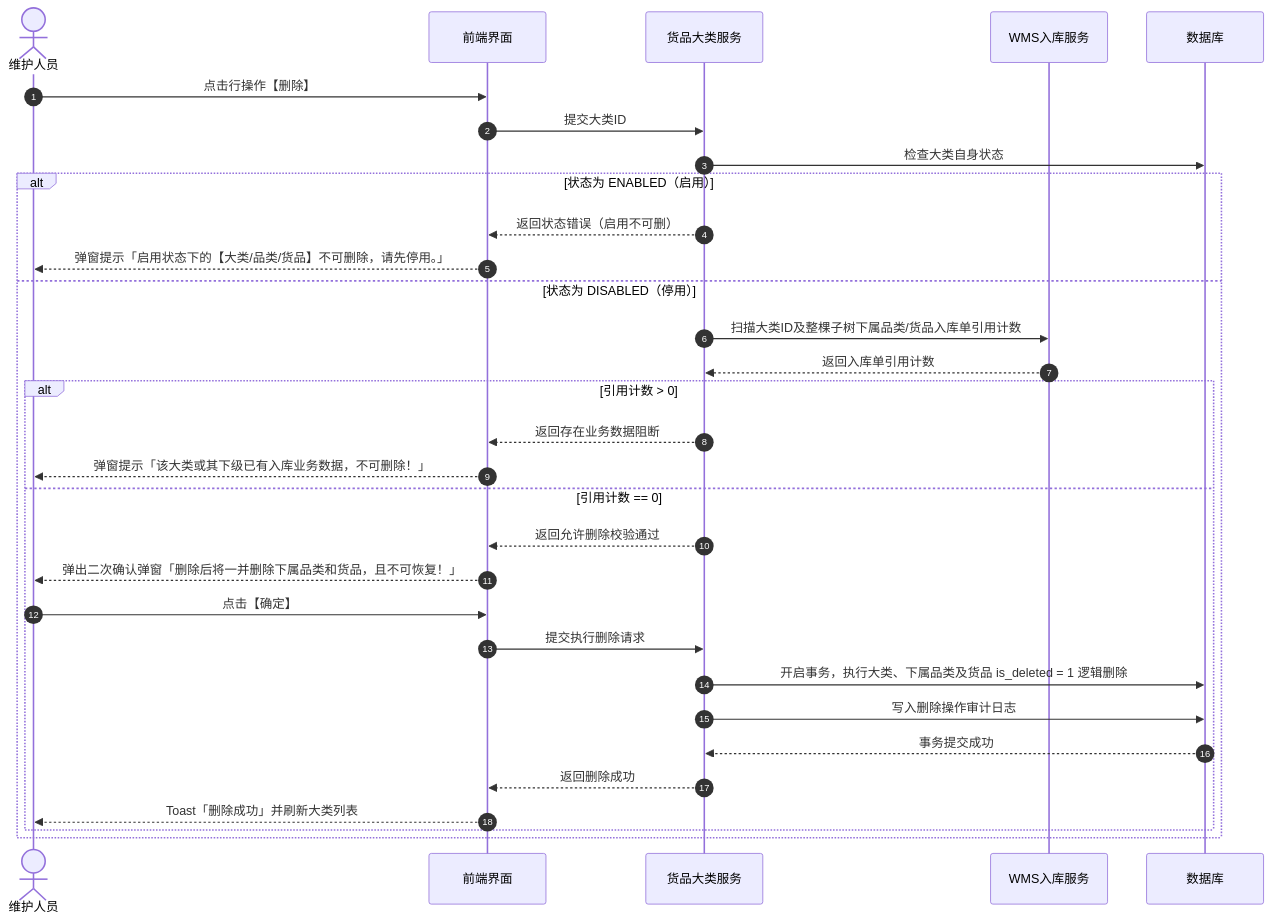
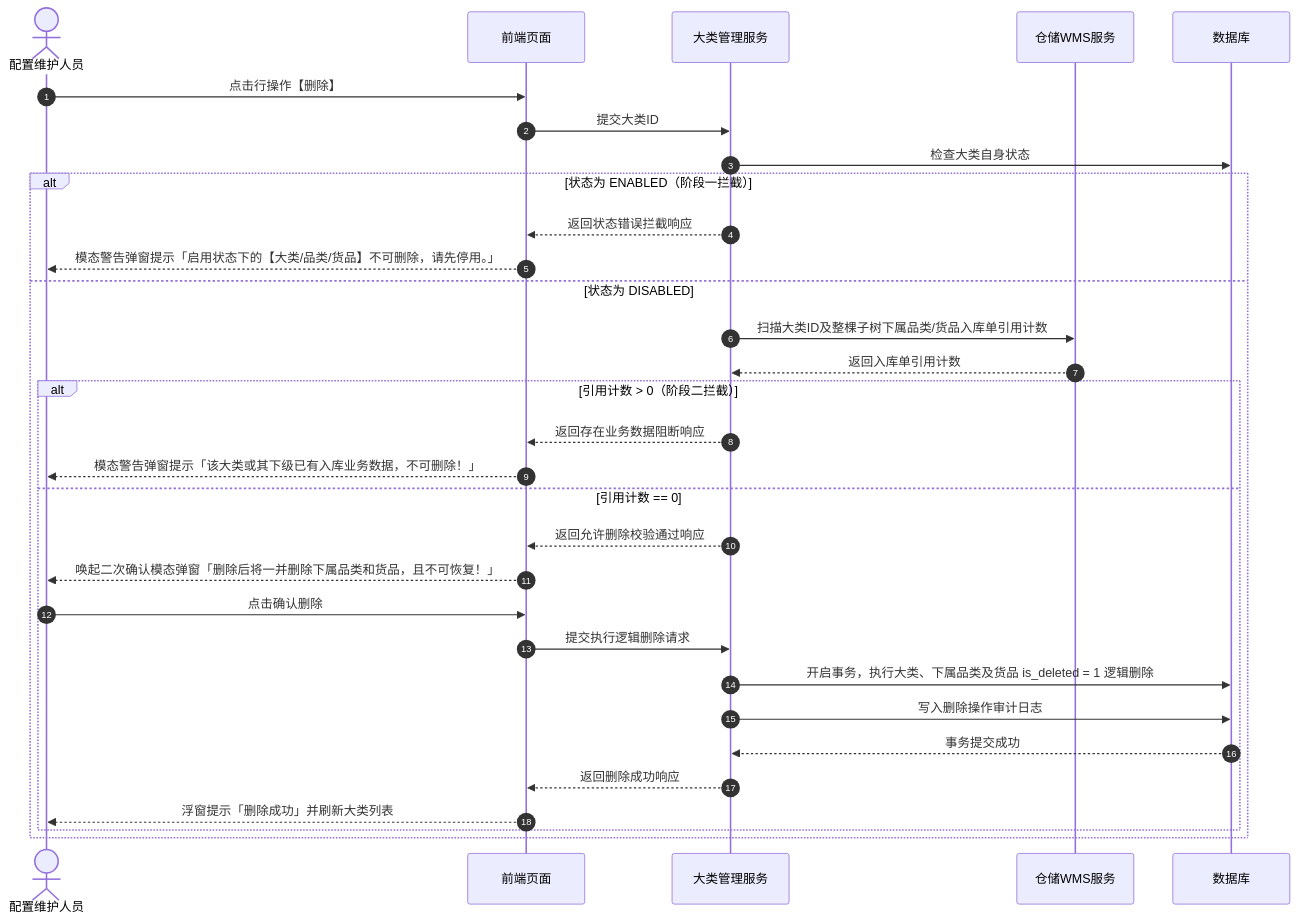
Before and after one commit to RobertHuang999/SYZC: the third of 3 diagrams in 02-PRD文档/🌟🌟🌟-最新基准版/B端PC/08-配置管理/12-货品规格管理-大类管理/大类管理业务规则规格.md, drawn with Mermaid. The commit also changed other lines of this file and 264 other files, not shown here.

````diff
--- a/02-PRD文档/🌟🌟🌟-最新基准版/B端PC/08-配置管理/12-货品规格管理-大类管理/大类管理业务规则规格.md
+++ b/02-PRD文档/🌟🌟🌟-最新基准版/B端PC/08-配置管理/12-货品规格管理-大类管理/大类管理业务规则规格.md
@@ -160,34 +162,34 @@
 ```mermaid
 sequenceDiagram
     autonumber
-    actor U as 维护人员
-    participant F as 前端界面
-    participant B as 货品大类服务
-    participant W as WMS入库服务
+    actor U as 配置维护人员
+    participant F as 前端页面
+    participant B as 大类管理服务
+    participant W as 仓储WMS服务
     participant DB as 数据库
 
     U->>F: 点击行操作【删除】
     F->>B: 提交大类ID
     B->>DB: 检查大类自身状态
-    alt 状态为 ENABLED（启用）
-        B-->>F: 返回状态错误（启用不可删）
-        F-->>U: 弹窗提示「启用状态下的【大类/品类/货品】不可删除，请先停用。」
-    else 状态为 DISABLED（停用）
+    alt 状态为 ENABLED（阶段一拦截）
+        B-->>F: 返回状态错误拦截响应
+        F-->>U: 模态警告弹窗提示「启用状态下的【大类/品类/货品】不可删除，请先停用。」
+    else 状态为 DISABLED
         B->>W: 扫描大类ID及整棵子树下属品类/货品入库单引用计数
         W-->>B: 返回入库单引用计数
-        alt 引用计数 > 0
-            B-->>F: 返回存在业务数据阻断
-            F-->>U: 弹窗提示「该大类或其下级已有入库业务数据，不可删除！」
+        alt 引用计数 > 0（阶段二拦截）
+            B-->>F: 返回存在业务数据阻断响应
+            F-->>U: 模态警告弹窗提示「该大类或其下级已有入库业务数据，不可删除！」
         else 引用计数 == 0
-            B-->>F: 返回允许删除校验通过
-            F-->>U: 弹出二次确认弹窗「删除后将一并删除下属品类和货品，且不可恢复！」
-            U->>F: 点击【确定】
-            F->>B: 提交执行删除请求
+            B-->>F: 返回允许删除校验通过响应
+            F-->>U: 唤起二次确认模态弹窗「删除后将一并删除下属品类和货品，且不可恢复！」
+            U->>F: 点击确认删除
+            F->>B: 提交执行逻辑删除请求
             B->>DB: 开启事务，执行大类、下属品类及货品 is_deleted = 1 逻辑删除
             B->>DB: 写入删除操作审计日志
             DB-->>B: 事务提交成功
-            B-->>F: 返回删除成功
-            F-->>U: Toast「删除成功」并刷新大类列表
+            B-->>F: 返回删除成功响应
+            F-->>U: 浮窗提示「删除成功」并刷新大类列表
         end
     end
 ```
````
